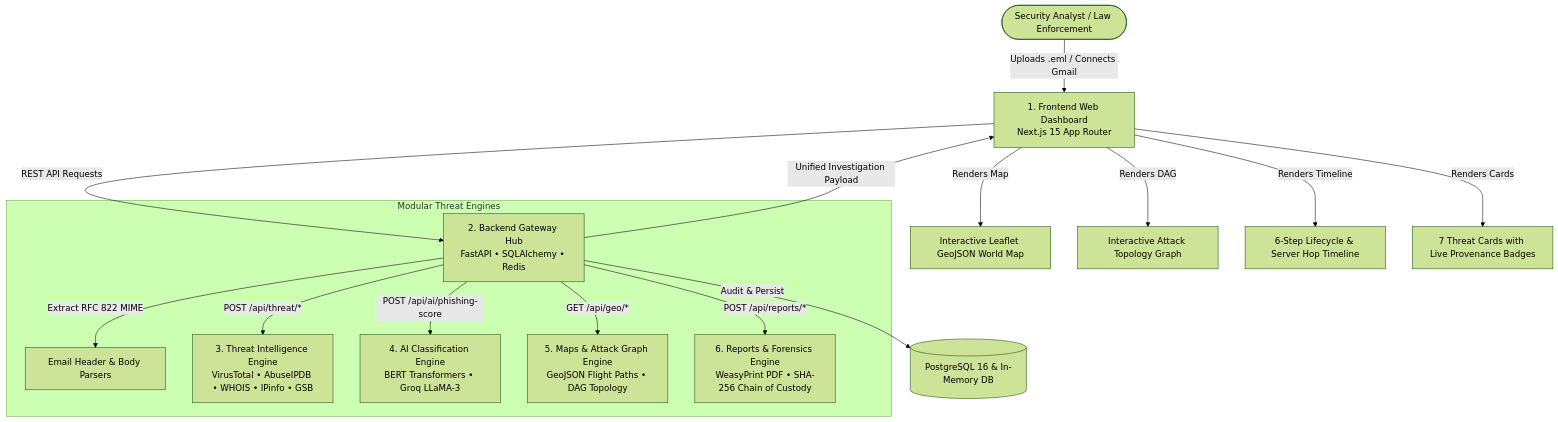
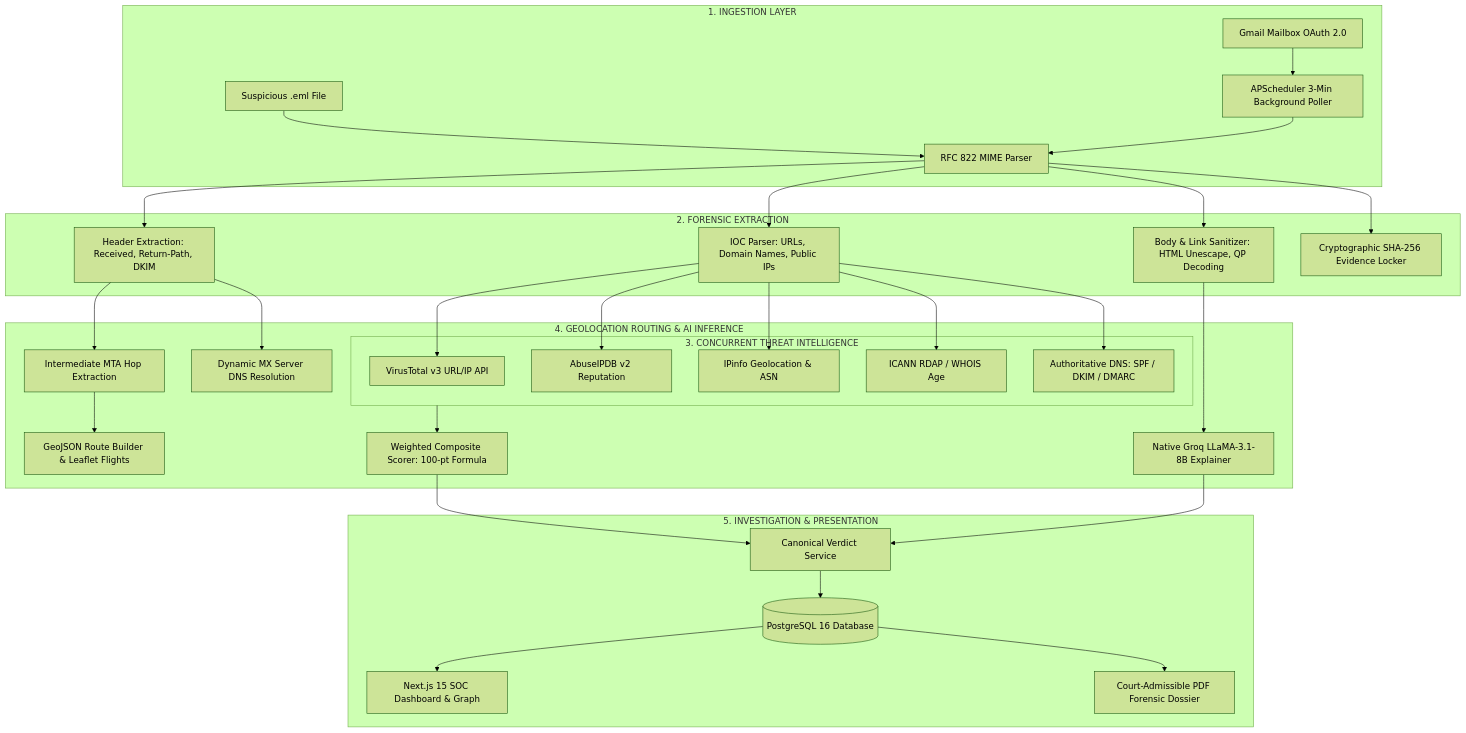
The diagram in README.md (nleelaranga-ai/tracemail-ai), drawn with Mermaid (forest theme) before and after one commit. The commit also changed other lines of this file and 4 other files, not shown here.

````diff
--- a/README.md
+++ b/README.md
@@ -38,21 +179,40 @@
 ```mermaid
-graph TD
-    User([Security Analyst / Law Enforcement]) -->|Uploads .eml / Connects Gmail| FE[1. Frontend Web Dashboard<br/>Next.js 15 App Router]
-    FE -->|REST API Requests| BE[2. Backend Gateway Hub<br/>FastAPI • SQLAlchemy • Redis]
-    
-    subgraph Modular Threat Engines
-        BE -->|Extract RFC 822 MIME| PARSE[Email Header & Body Parsers]
-        BE -->|POST /api/threat/*| TI[3. Threat Intelligence Engine<br/>VirusTotal • AbuseIPDB • WHOIS • IPinfo • GSB]
-        BE -->|POST /api/ai/phishing-score| AI[4. AI Classification Engine<br/>BERT Transformers • Groq LLaMA-3]
-        BE -->|GET /api/geo/*| MAPS[5. Maps & Attack Graph Engine<br/>GeoJSON Flight Paths • DAG Topology]
-        BE -->|POST /api/reports/*| REP[6. Reports & Forensics Engine<br/>WeasyPrint PDF • SHA-256 Chain of Custody]
+flowchart TD
+    subgraph Ingestion["1. INGESTION LAYER"]
+        A[Suspicious .eml File] --> PARSER[RFC 822 MIME Parser]
+        B[Gmail Mailbox OAuth 2.0] --> SCHED[APScheduler 3-Min Background Poller]
+        SCHED --> PARSER
     end
-    
-    BE -->|Audit & Persist| DB[(PostgreSQL 16 & In-Memory DB)]
-    BE -->|Unified Investigation Payload| FE
-    
-    FE -->|Renders Map| MAP_UI[Interactive Leaflet GeoJSON World Map]
-    FE -->|Renders DAG| GRAPH_UI[Interactive Attack Topology Graph]
-    FE -->|Renders Timeline| TIME_UI[6-Step Lifecycle & Server Hop Timeline]
-    FE -->|Renders Cards| CARDS_UI[7 Threat Cards with Live Provenance Badges]
+
+    subgraph ForensicExtraction["2. FORENSIC EXTRACTION"]
+        PARSER --> HDR[Header Extraction: Received, Return-Path, DKIM]
+        PARSER --> BODY[Body & Link Sanitizer: HTML Unescape, QP Decoding]
+        PARSER --> IOC[IOC Parser: URLs, Domain Names, Public IPs]
+        PARSER --> HASH[Cryptographic SHA-256 Evidence Locker]
+    end
+
+    subgraph Intelligence["3. CONCURRENT THREAT INTELLIGENCE"]
+        IOC --> VT[VirusTotal v3 URL/IP API]
+        IOC --> AB[AbuseIPDB v2 Reputation]
+        IOC --> IP[IPinfo Geolocation & ASN]
+        IOC --> RD[ICANN RDAP / WHOIS Age]
+        IOC --> DNS[Authoritative DNS: SPF / DKIM / DMARC]
+    end
+
+    subgraph RoutingAndAI["4. GEOLOCATION ROUTING & AI INFERENCE"]
+        HDR --> MX[Dynamic MX Server DNS Resolution]
+        HDR --> RELAY[Intermediate MTA Hop Extraction]
+        RELAY --> MAPS[GeoJSON Route Builder & Leaflet Flights]
+        
+        BODY --> GROQ[Native Groq LLaMA-3.1-8B Explainer]
+        Intelligence --> SCORER[Weighted Composite Scorer: 100-pt Formula]
+    end
+
+    subgraph Presentation["5. INVESTIGATION & PRESENTATION"]
+        SCORER --> VERDICT[Canonical Verdict Service]
+        GROQ --> VERDICT
+        VERDICT --> DB[(PostgreSQL 16 Database)]
+        DB --> UI[Next.js 15 SOC Dashboard & Graph]
+        DB --> PDF[Court-Admissible PDF Forensic Dossier]
+    end
 ```
````
